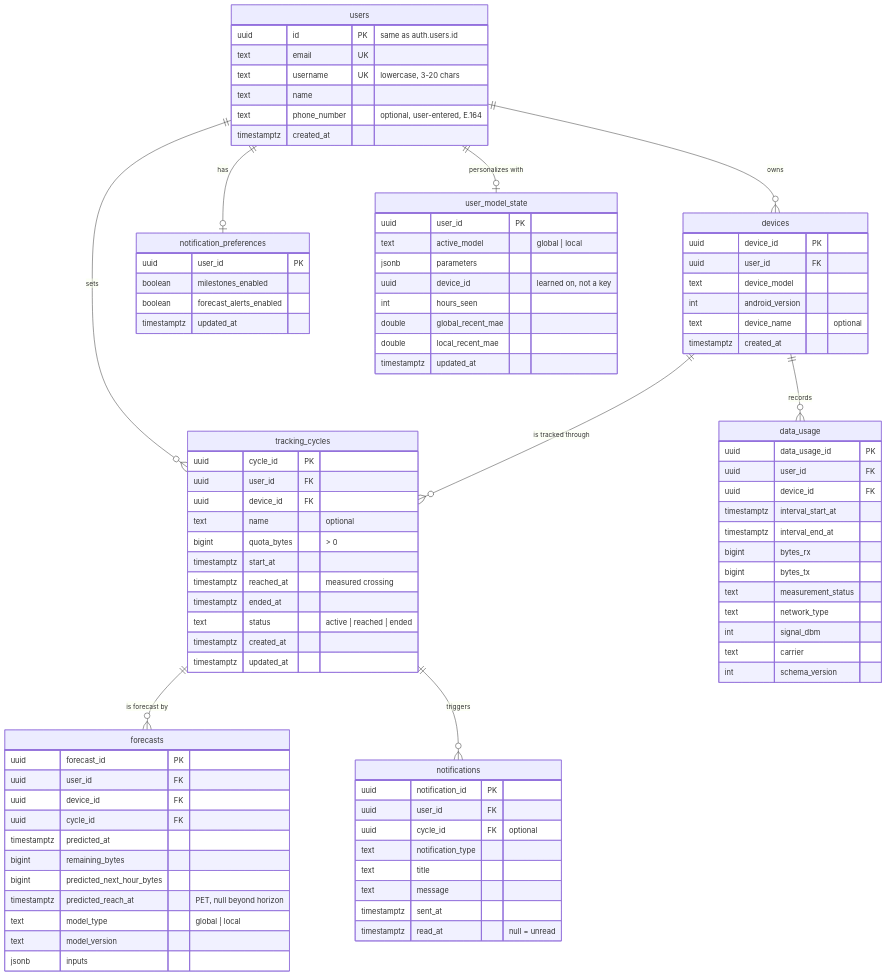
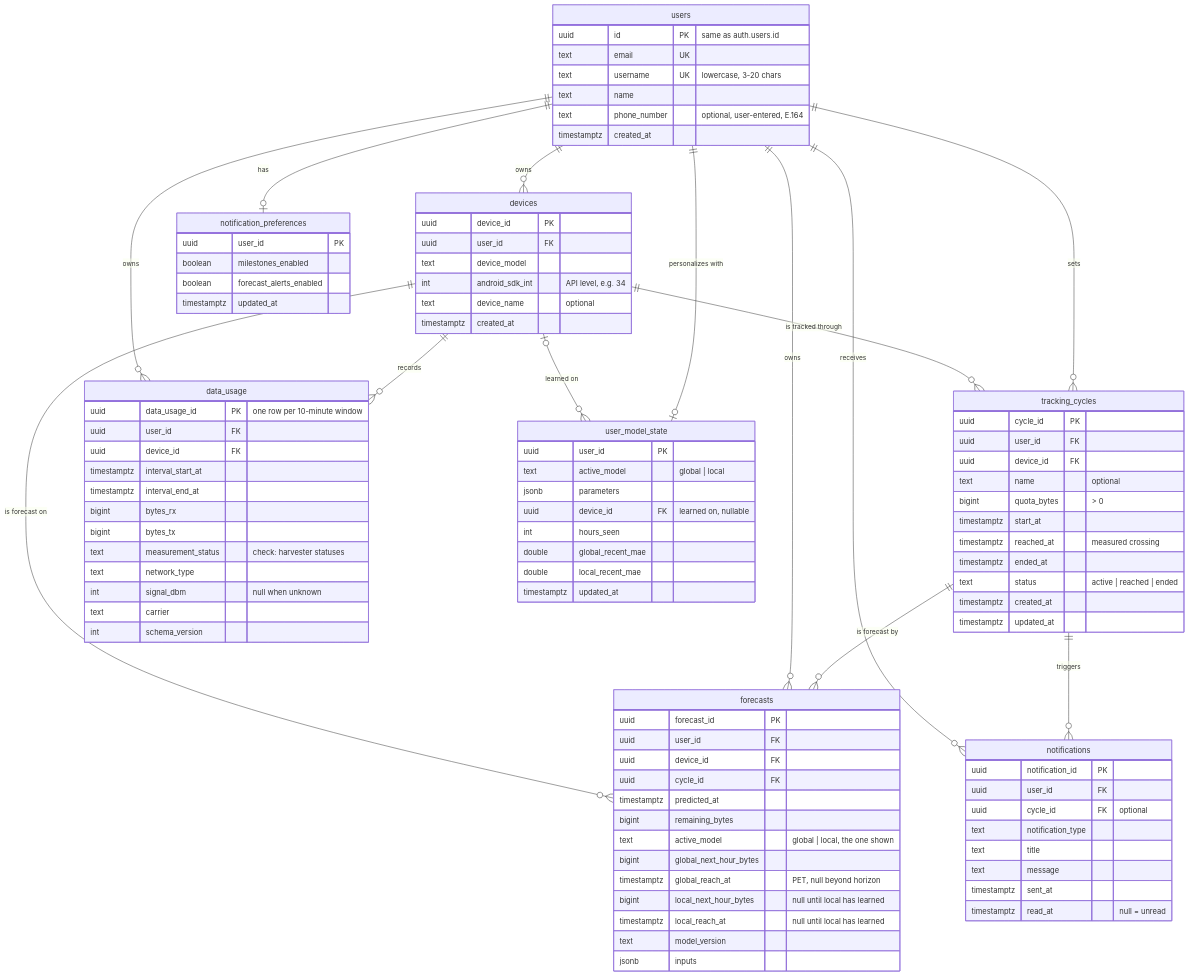
Before and after one commit to Org-ni-sha/datara-android: the first of 2 diagrams in docs/erd-draft.md, drawn with Mermaid. The commit also changed other lines of this file and 1 other file, not shown here.

First line of the commit message:
docs(db): apply lead-approved ERD review fixes

```diff
--- a/docs/erd-draft.md
+++ b/docs/erd-draft.md
@@ -25,10 +25,15 @@
     users ||--o{ tracking_cycles : sets
     devices ||--o{ tracking_cycles : "is tracked through"
     devices ||--o{ data_usage : records
+    users ||--o{ data_usage : owns
     tracking_cycles ||--o{ forecasts : "is forecast by"
+    users ||--o{ forecasts : owns
+    devices ||--o{ forecasts : "is forecast on"
     tracking_cycles ||--o{ notifications : triggers
+    users ||--o{ notifications : receives
     users ||--o| notification_preferences : has
     users ||--o| user_model_state : "personalizes with"
+    devices |o--o{ user_model_state : "learned on"
 
     users {
         uuid id PK "same as auth.users.id"
@@ -42,7 +47,7 @@
         uuid device_id PK
         uuid user_id FK
         text device_model
-        int android_version
+        int android_sdk_int "API level, e.g. 34"
         text device_name "optional"
         timestamptz created_at
     }
@@ -60,16 +65,16 @@
         timestamptz updated_at
     }
     data_usage {
-        uuid data_usage_id PK
+        uuid data_usage_id PK "one row per 10-minute window"
         uuid user_id FK
         uuid device_id FK
         timestamptz interval_start_at
         timestamptz interval_end_at
         bigint bytes_rx
         bigint bytes_tx
-        text measurement_status
+        text measurement_status "check: harvester statuses"
         text network_type
-        int signal_dbm
+        int signal_dbm "null when unknown"
         text carrier
         int schema_version
     }
@@ -80,9 +85,11 @@
         uuid cycle_id FK
         timestamptz predicted_at
         bigint remaining_bytes
-        bigint predicted_next_hour_bytes
-        timestamptz predicted_reach_at "PET, null beyond horizon"
-        text model_type "global | local"
+        text active_model "global | local, the one shown"
+        bigint global_next_hour_bytes
+        timestamptz global_reach_at "PET, null beyond horizon"
+        bigint local_next_hour_bytes "null until local has learned"
+        timestamptz local_reach_at "null until local has learned"
         text model_version
         jsonb inputs
     }
@@ -106,7 +113,7 @@
         uuid user_id PK
         text active_model "global | local"
         jsonb parameters
-        uuid device_id "learned on, not a key"
+        uuid device_id FK "learned on, nullable"
         int hours_seen
         double global_recent_mae
         double local_recent_mae
```
